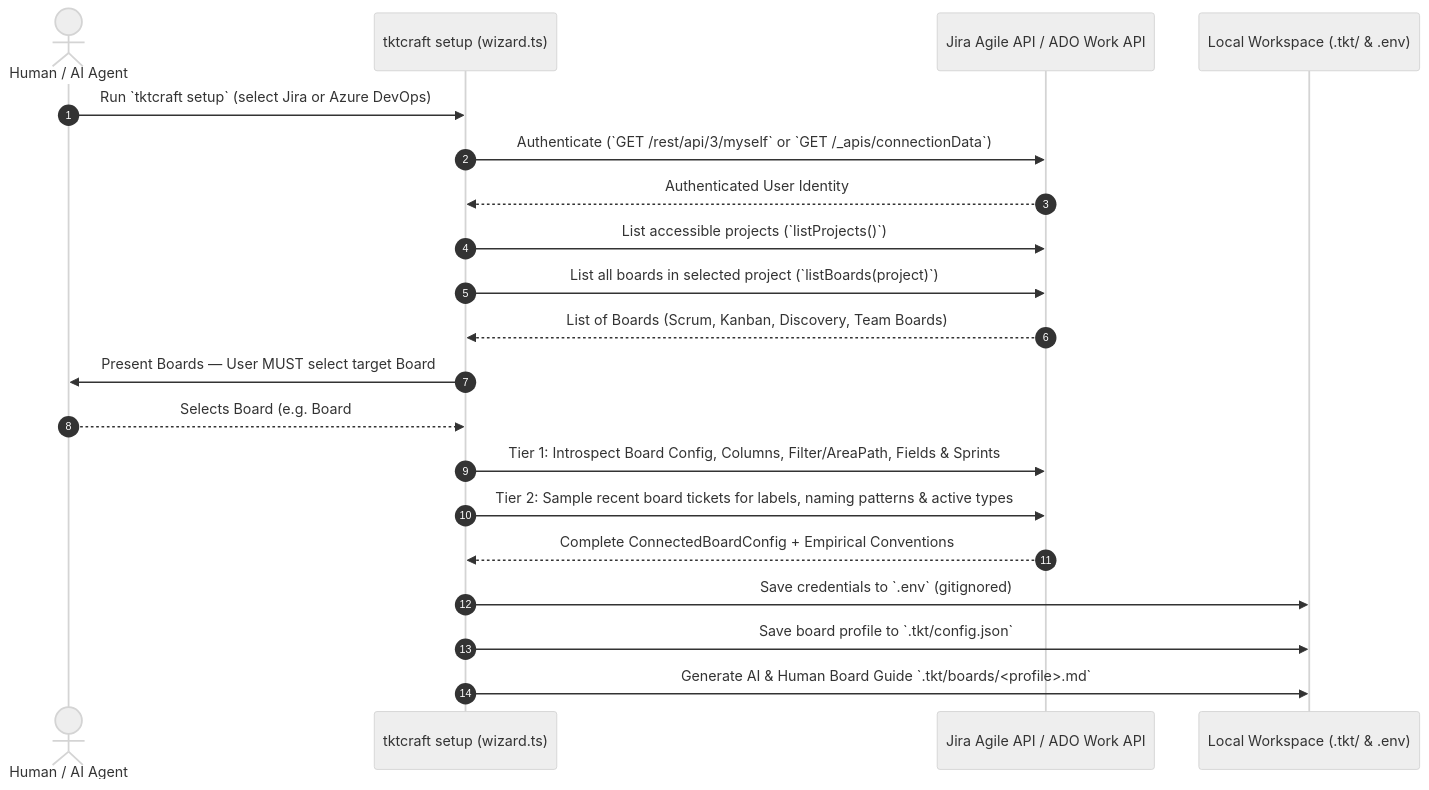
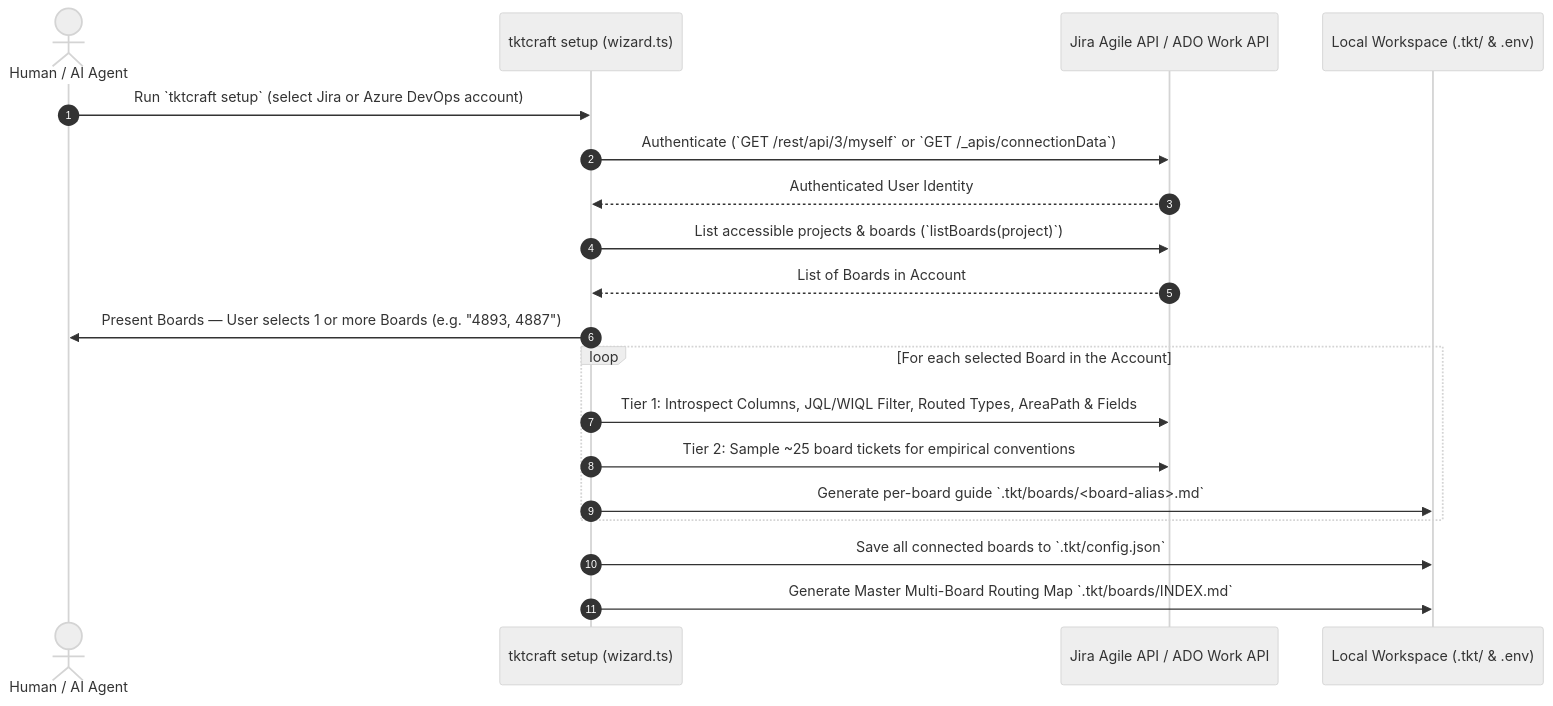
Before and after one commit to sandrinio/tktcraft: the third of 4 diagrams in ARCHITECTURE.md, drawn with Mermaid (neutral theme). The commit also changed other lines of this file and 8 other files, not shown here.

Commit message:
feat: add single-account multi-board (Jira+Jira / ADO+ADO) auto-routing and 3-tier board intelligence

````diff
--- a/ARCHITECTURE.md
+++ b/ARCHITECTURE.md
@@ -153,23 +167,22 @@
 ```mermaid
 sequenceDiagram
     autonumber
     actor User as Human / AI Agent
     participant Wizard as tktcraft setup (wizard.ts)
     participant API as Jira Agile API / ADO Work API
     participant Disk as Local Workspace (.tkt/ & .env)
 
-    User->>Wizard: Run `tktcraft setup` (select Jira or Azure DevOps)
+    User->>Wizard: Run `tktcraft setup` (select Jira or Azure DevOps account)
     Wizard->>API: Authenticate (`GET /rest/api/3/myself` or `GET /_apis/connectionData`)
     API-->>Wizard: Authenticated User Identity
-    Wizard->>API: List accessible projects (`listProjects()`)
-    Wizard->>API: List all boards in selected project (`listBoards(project)`)
-    API-->>Wizard: List of Boards (Scrum, Kanban, Discovery, Team Boards)
-    Wizard->>User: Present Boards — User MUST select target Board
-    User-->>Wizard: Selects Board (e.g. Board #4887 or "Team Alpha — Stories")
-    Wizard->>API: Tier 1: Introspect Board Config, Columns, Filter/AreaPath, Fields & Sprints
-    Wizard->>API: Tier 2: Sample recent board tickets for labels, naming patterns & active types
-    API-->>Wizard: Complete ConnectedBoardConfig + Empirical Conventions
-    Wizard->>Disk: Save credentials to `.env` (gitignored)
-    Wizard->>Disk: Save board profile to `.tkt/config.json`
-    Wizard->>Disk: Generate AI & Human Board Guide `.tkt/boards/<profile>.md`
+    Wizard->>API: List accessible projects & boards (`listBoards(project)`)
+    API-->>Wizard: List of Boards in Account
+    Wizard->>User: Present Boards — User selects 1 or more Boards (e.g. "4893, 4887")
+    loop For each selected Board in the Account
+        Wizard->>API: Tier 1: Introspect Columns, JQL/WIQL Filter, Routed Types, AreaPath & Fields
+        Wizard->>API: Tier 2: Sample ~25 board tickets for empirical conventions
+        Wizard->>Disk: Generate per-board guide `.tkt/boards/<board-alias>.md`
+    end
+    Wizard->>Disk: Save all connected boards to `.tkt/config.json`
+    Wizard->>Disk: Generate Master Multi-Board Routing Map `.tkt/boards/INDEX.md`
 ```
````
